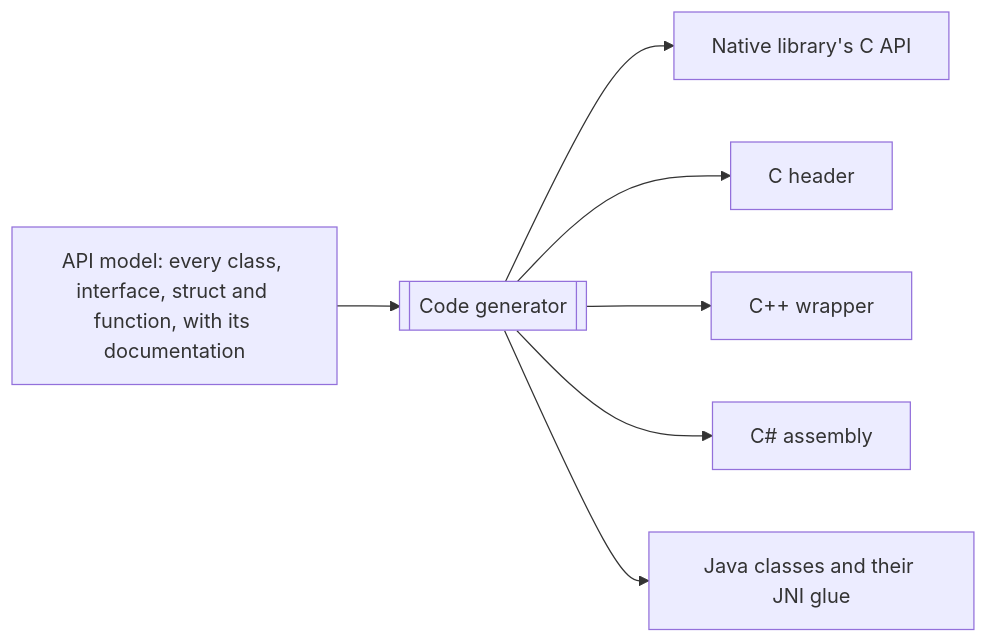
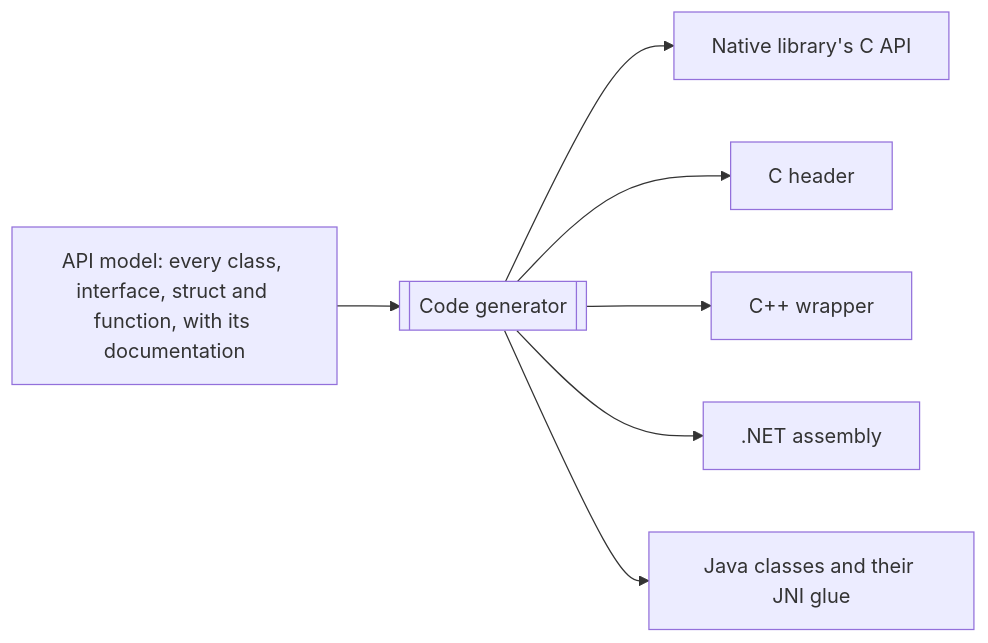
Before and after one commit to stepfunc/dnp3: the first of 2 diagrams in guide/docs/languages/bindings.mdx, drawn with Mermaid. The commit also changed other lines of this file and 49 other files, not shown here.

````diff
--- a/guide/docs/languages/bindings.mdx
+++ b/guide/docs/languages/bindings.mdx
@@ -17,16 +17,16 @@
 ```mermaid
 flowchart LR
     model["API model: every class, interface, struct and function, with its documentation"]
     gen[["Code generator"]]
     capi["Native library's C API"]
     c["C header"]
     cpp["C++ wrapper"]
-    cs["C# assembly"]
+    cs[".NET assembly"]
     java["Java classes and their JNI glue"]
     model --> gen
     gen --> capi
     gen --> c
     gen --> cpp
     gen --> cs
     gen --> java
 ```
````
